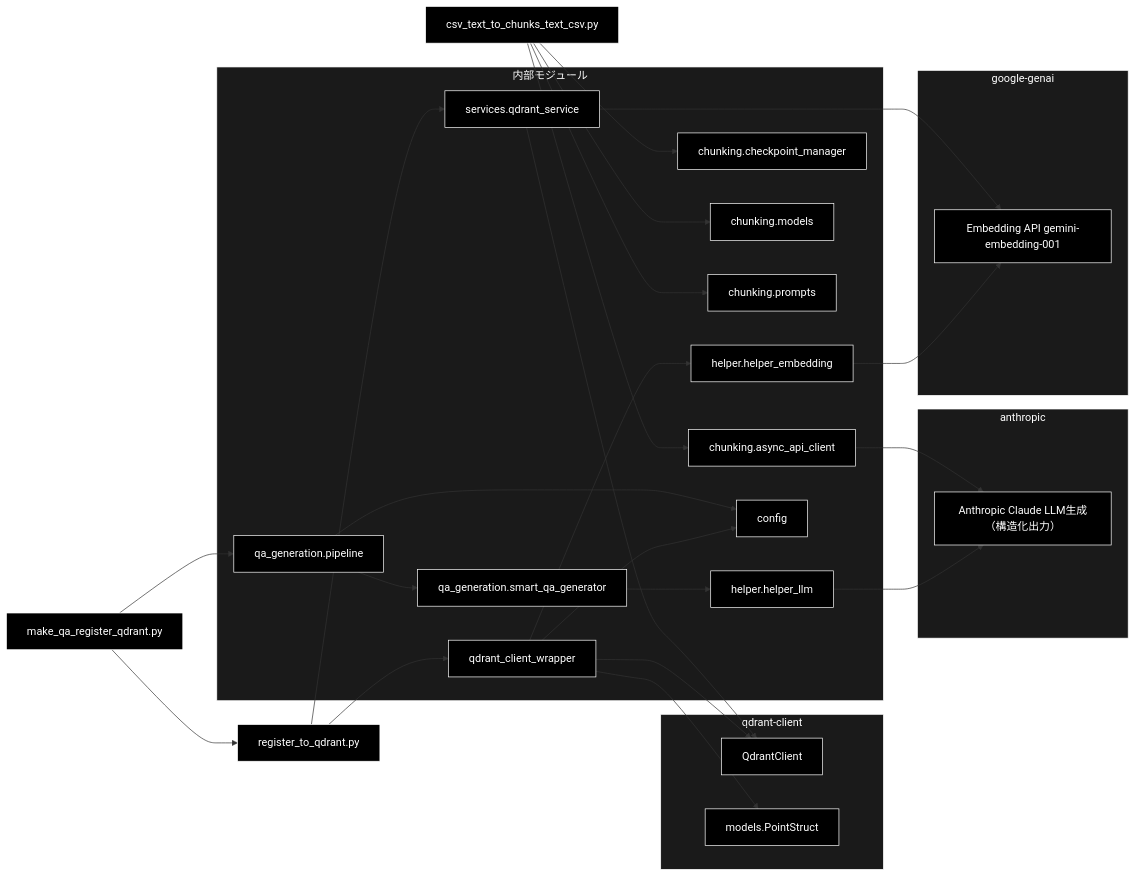
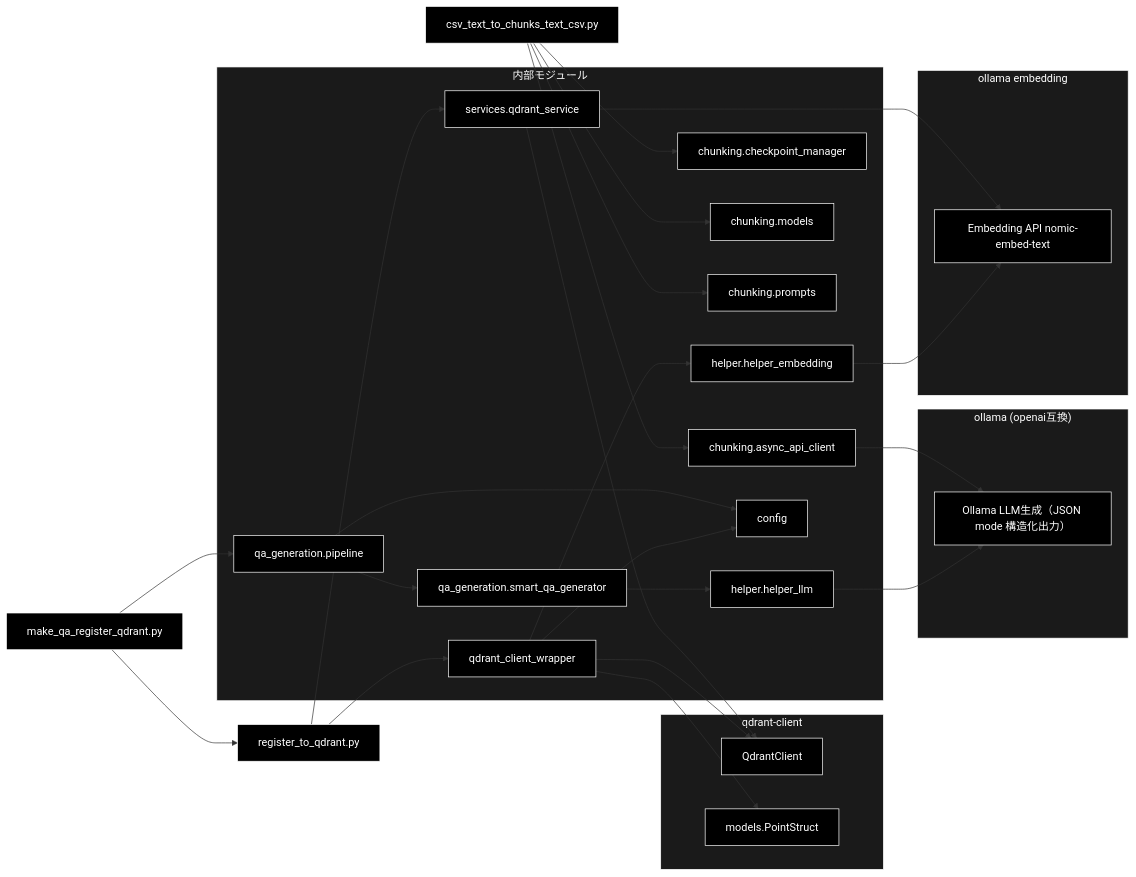
One commit to nakashima2toshio/ollama_grace_agent_v2 changed the fifth of 5 diagrams in readme_rag.md. Above: the diagram before and after it, drawn with Mermaid. The commit also changed other lines of this file and 5 other files, not shown here.

First line of the commit message:
docs(readme): Ollama ネイティブ化（README*.md の Anthropic/Gemini/OpenAI 表記を統一）

````diff
--- a/readme_rag.md
+++ b/readme_rag.md
@@ -1399,60 +1404,60 @@
 ```mermaid
 flowchart LR
     CHUNK["csv_text_to_chunks_text_csv.py"]
     MAKE_QA["make_qa_register_qdrant.py"]
     REG["register_to_qdrant.py"]
 
-    subgraph ANTHROPIC["anthropic"]
-        ANT_LLM["Anthropic Claude LLM生成（構造化出力）"]
+    subgraph ANTHROPIC["ollama (openai互換)"]
+        ANT_LLM["Ollama LLM生成（JSON mode 構造化出力）"]
     end
 
-    subgraph GOOGLE["google-genai"]
-        GENAI_EMB["Embedding API gemini-embedding-001"]
+    subgraph GOOGLE["ollama embedding"]
+        GENAI_EMB["Embedding API nomic-embed-text"]
     end
 
     subgraph QDRANT_LIB["qdrant-client"]
         QC["QdrantClient"]
         QM["models.PointStruct"]
     end
 
     subgraph INTERNAL["内部モジュール"]
         ASYNC_CLI["chunking.async_api_client"]
         CHECKPOINT["chunking.checkpoint_manager"]
         MODELS["chunking.models"]
         PROMPTS["chunking.prompts"]
         PIPELINE["qa_generation.pipeline"]
         SMART_QA["qa_generation.smart_qa_generator"]
         QDRANT_SVC["services.qdrant_service"]
         QDRANT_WRAP["qdrant_client_wrapper"]
         HELPER_EMB["helper.helper_embedding"]
         HELPER_LLM["helper.helper_llm"]
         CONFIG["config"]
     end
 
     CHUNK --> ASYNC_CLI --> ANT_LLM
     CHUNK --> CHECKPOINT
     CHUNK --> MODELS
     CHUNK --> PROMPTS
 
     MAKE_QA --> PIPELINE
     MAKE_QA --> REG
     REG --> QDRANT_SVC
     REG --> QDRANT_WRAP
 
     PIPELINE --> SMART_QA --> HELPER_LLM --> ANT_LLM
     QDRANT_SVC --> GENAI_EMB
     QDRANT_SVC --> QC
     QDRANT_WRAP --> HELPER_EMB --> GENAI_EMB
     QDRANT_WRAP --> QC
     QDRANT_WRAP --> QM
 
     PIPELINE --> CONFIG
     QDRANT_WRAP --> CONFIG
 classDef default fill:#000,stroke:#fff,color:#fff
 classDef subgraphStyle fill:#1a1a1a,stroke:#fff,color:#fff
 class CHUNK,MAKE_QA,REG,ANT_LLM,GENAI_EMB,QC,QM,ASYNC_CLI,CHECKPOINT,MODELS,PROMPTS,PIPELINE,SMART_QA,QDRANT_SVC,QDRANT_WRAP,HELPER_EMB,HELPER_LLM,CONFIG default
 style ANTHROPIC fill:#1a1a1a,stroke:#fff,color:#fff
 style GOOGLE fill:#1a1a1a,stroke:#fff,color:#fff
 style QDRANT_LIB fill:#1a1a1a,stroke:#fff,color:#fff
 style INTERNAL fill:#1a1a1a,stroke:#fff,color:#fff
 ```
````
